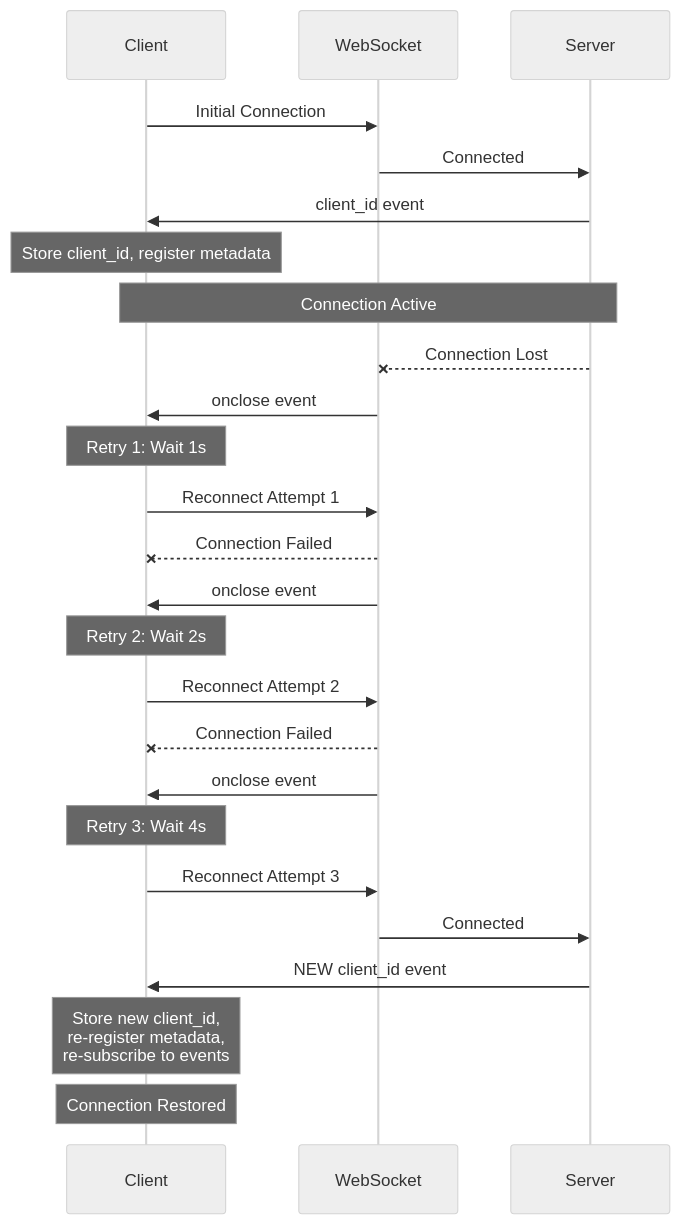
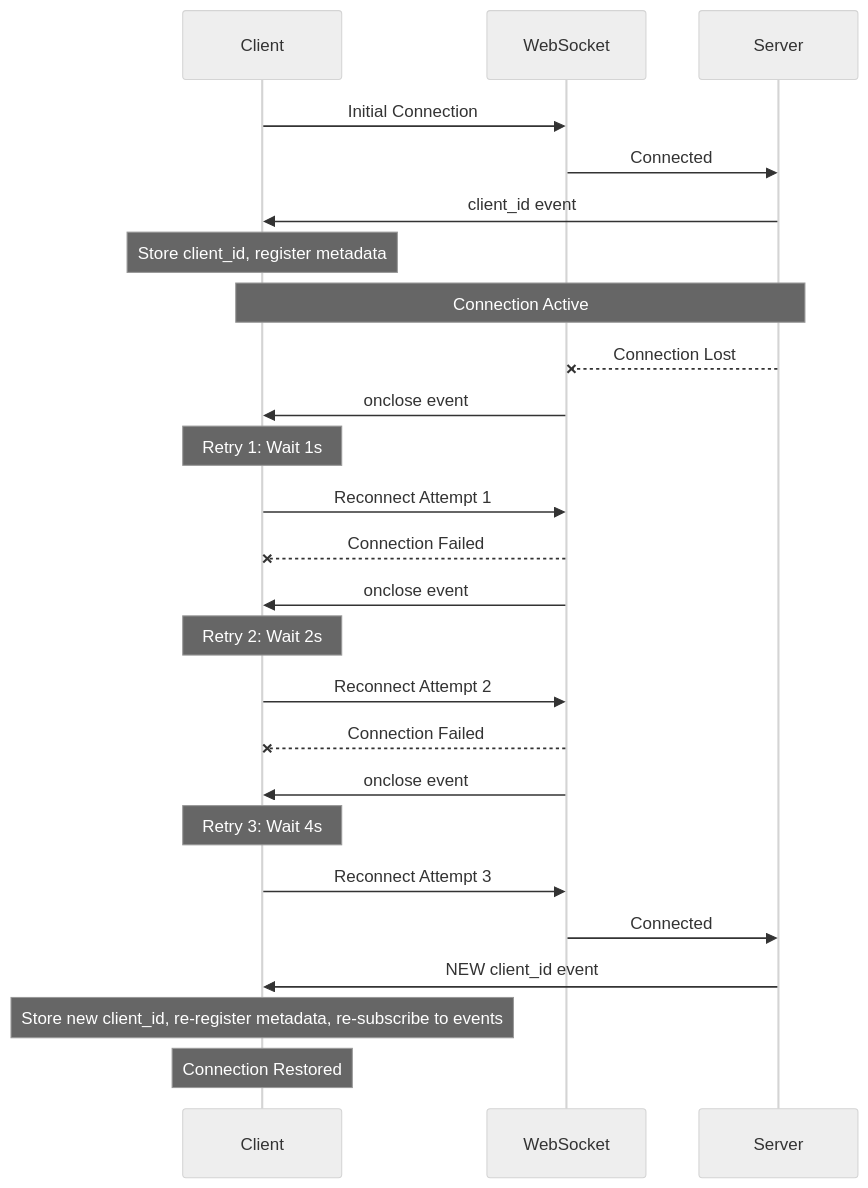
Before and after one commit to LedFx/LedFx: the eighth of 8 diagrams in docs/developer/websocket_client_examples.md, drawn with Mermaid (neutral theme). The commit also changed other lines of this file and 10 other files, not shown here.

````diff
--- a/docs/developer/websocket_client_examples.md
+++ b/docs/developer/websocket_client_examples.md
@@ -977,33 +977,33 @@
-```{mermaid}
+```mermaid
 sequenceDiagram
     participant Client
     participant WebSocket
     participant Server
 
     Client->>WebSocket: Initial Connection
     WebSocket->>Server: Connected
     Server->>Client: client_id event
     Note over Client: Store client_id, register metadata
 
     Note over Client,Server: Connection Active
 
     Server--xWebSocket: Connection Lost
     WebSocket->>Client: onclose event
     Note over Client: Retry 1: Wait 1s
 
     Client->>WebSocket: Reconnect Attempt 1
     WebSocket--xClient: Connection Failed
     WebSocket->>Client: onclose event
     Note over Client: Retry 2: Wait 2s
 
     Client->>WebSocket: Reconnect Attempt 2
     WebSocket--xClient: Connection Failed
     WebSocket->>Client: onclose event
     Note over Client: Retry 3: Wait 4s
 
     Client->>WebSocket: Reconnect Attempt 3
     WebSocket->>Server: Connected
     Server->>Client: NEW client_id event
-    Note over Client: Store new client_id,<br/>re-register metadata,<br/>re-subscribe to events
+    Note over Client: Store new client_id, re-register metadata, re-subscribe to events
     Note over Client: Connection Restored
 ```
````
